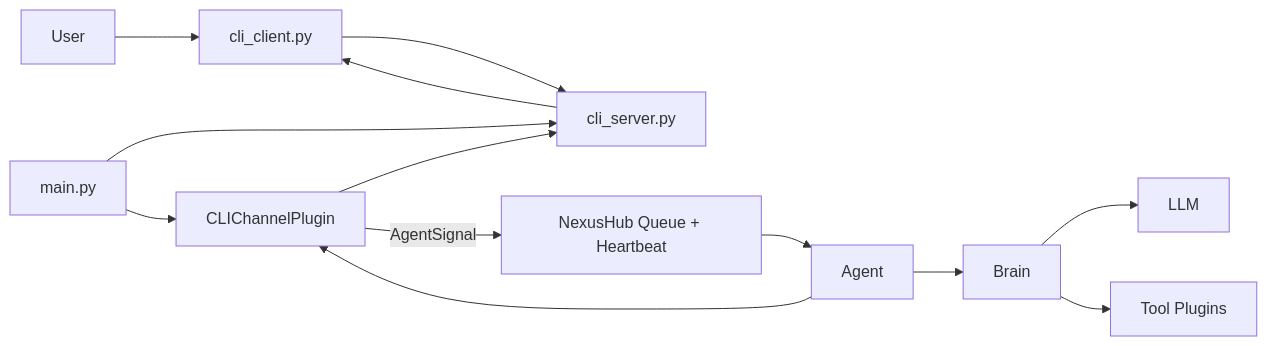
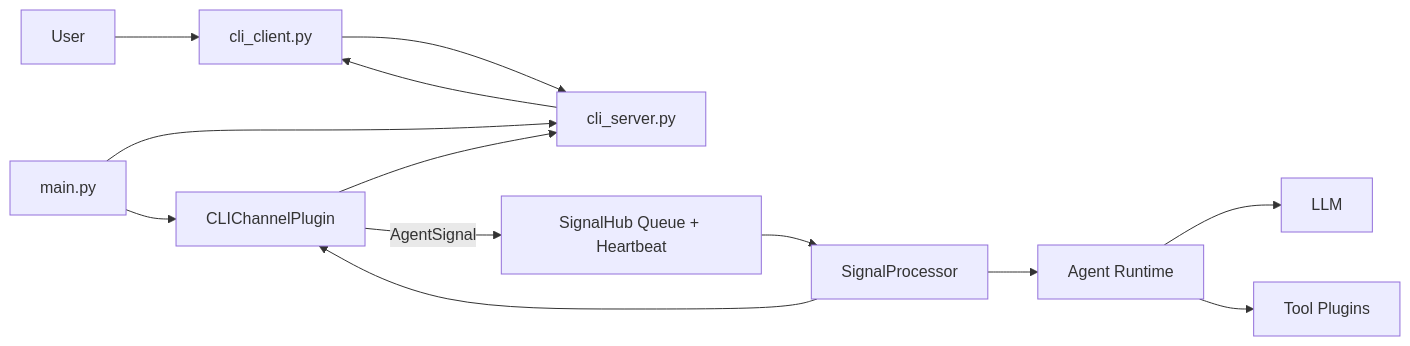
The diagram in docs/2.project-structure.md (tamakara/AIChan), drawn with Mermaid before and after one commit. The commit also changed other lines of this file and 21 other files, not shown here.

````diff
--- a/docs/2.project-structure.md
+++ b/docs/2.project-structure.md
@@ -46,26 +46,26 @@
 ```mermaid
 flowchart LR
     U["User"]
     C["cli_client.py"]
     S["cli_server.py"]
     M["main.py"]
     P["CLIChannelPlugin"]
-    N["NexusHub Queue + Heartbeat"]
-    A["Agent"]
-    B["Brain"]
+    N["SignalHub Queue + Heartbeat"]
+    A["SignalProcessor"]
+    B["Agent Runtime"]
     T["Tool Plugins"]
     L["LLM"]
 
     U --> C
     C --> S
     M --> S
     M --> P
     P --> S
     P -- AgentSignal --> N
     N --> A
     A --> P
     A --> B
     B --> L
     B --> T
     S --> C
 ```
````
